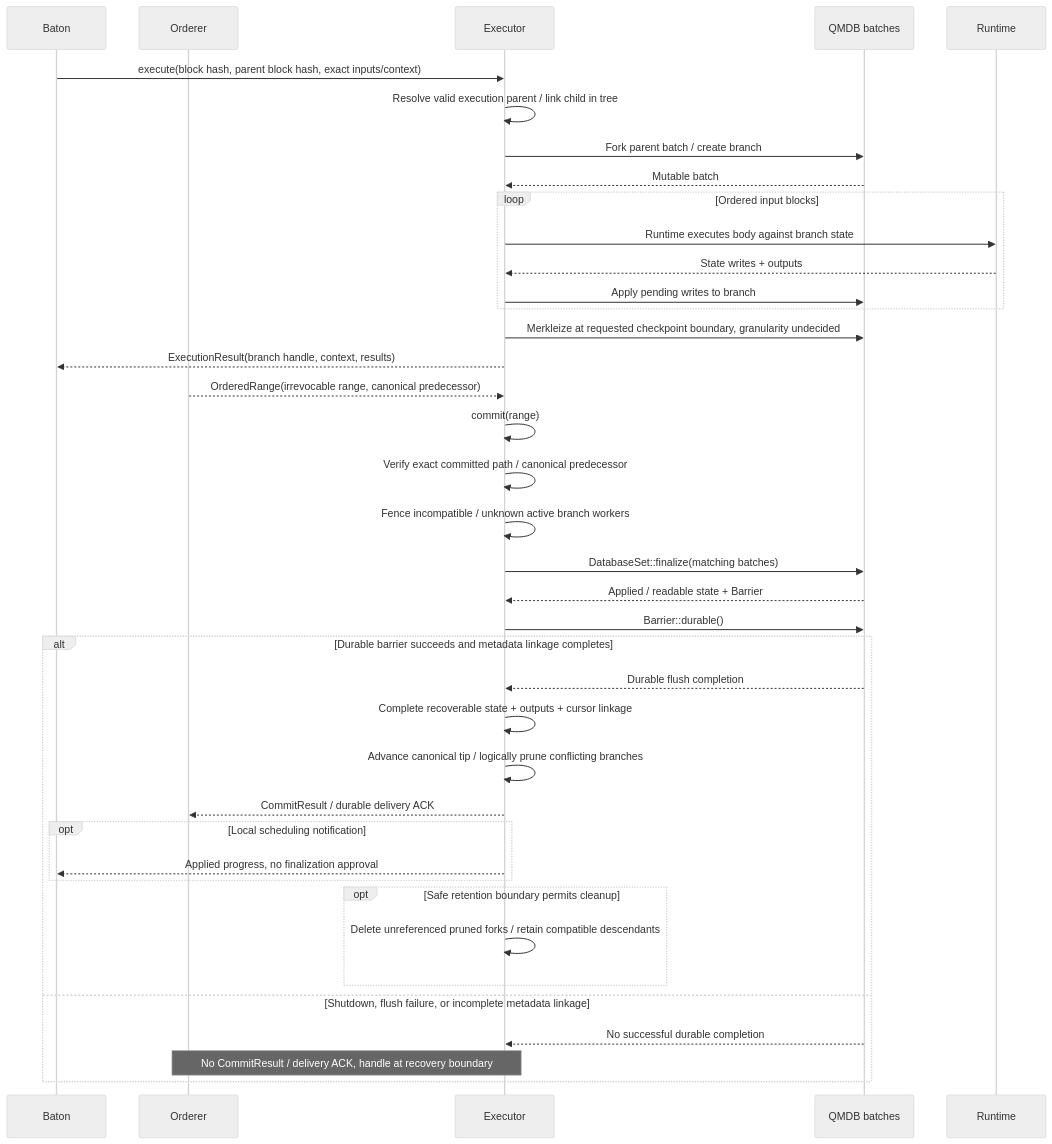
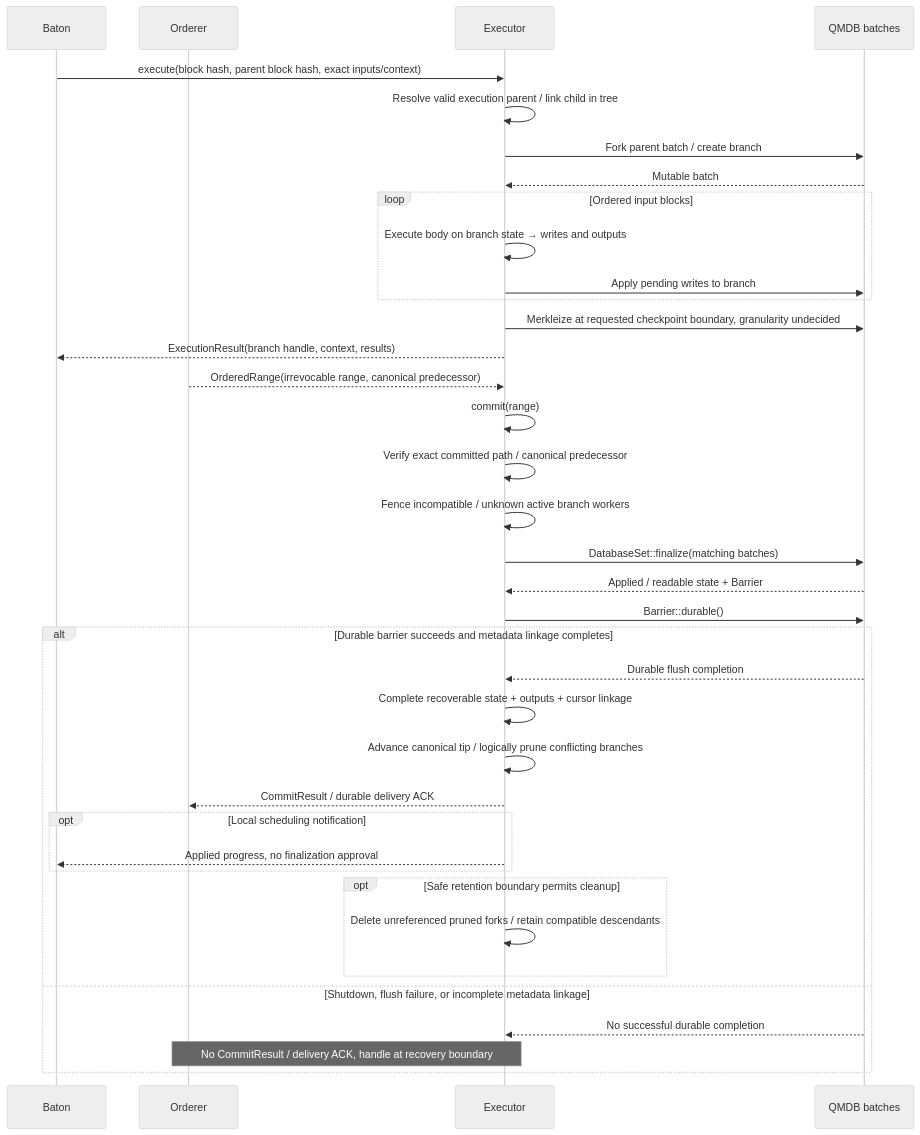
One commit to djm07073/baton-research changed the second of 2 diagrams in docs/e2e/canonical.md. Above: the diagram before and after it, drawn with Mermaid (neutral theme). The commit also changed 67 other files, not shown here.

````diff
--- a/docs/e2e/canonical.md
+++ b/docs/e2e/canonical.md
@@ -38,41 +38,39 @@
 ```mermaid
 sequenceDiagram
     participant B as Baton
     participant M as Orderer
     participant O as Executor
     participant Q as QMDB batches
-    participant A as Runtime
     B->>O: execute(block hash, parent block hash, exact inputs/context)
     O->>O: Resolve valid execution parent / link child in tree
     O->>Q: Fork parent batch / create branch
     Q-->>O: Mutable batch
     loop Ordered input blocks
-        O->>A: Runtime executes body against branch state
-        A-->>O: State writes + outputs
+        O->>O: Execute body on branch state → writes and outputs
         O->>Q: Apply pending writes to branch
     end
     O->>Q: Merkleize at requested checkpoint boundary, granularity undecided
     O-->>B: ExecutionResult(branch handle, context, results)
     M-->>O: OrderedRange(irrevocable range, canonical predecessor)
     O->>O: commit(range)
     O->>O: Verify exact committed path / canonical predecessor
     O->>O: Fence incompatible / unknown active branch workers
     O->>Q: DatabaseSet::finalize(matching batches)
     Q-->>O: Applied / readable state + Barrier
     O->>Q: Barrier::durable()
     alt Durable barrier succeeds and metadata linkage completes
         Q-->>O: Durable flush completion
         O->>O: Complete recoverable state + outputs + cursor linkage
         O->>O: Advance canonical tip / logically prune conflicting branches
         O-->>M: CommitResult / durable delivery ACK
         opt Local scheduling notification
             O-->>B: Applied progress, no finalization approval
         end
         opt Safe retention boundary permits cleanup
             O->>O: Delete unreferenced pruned forks / retain compatible descendants
         end
     else Shutdown, flush failure, or incomplete metadata linkage
         Q-->>O: No successful durable completion
         Note over M,O: No CommitResult / delivery ACK, handle at recovery boundary
     end
 ```
````
